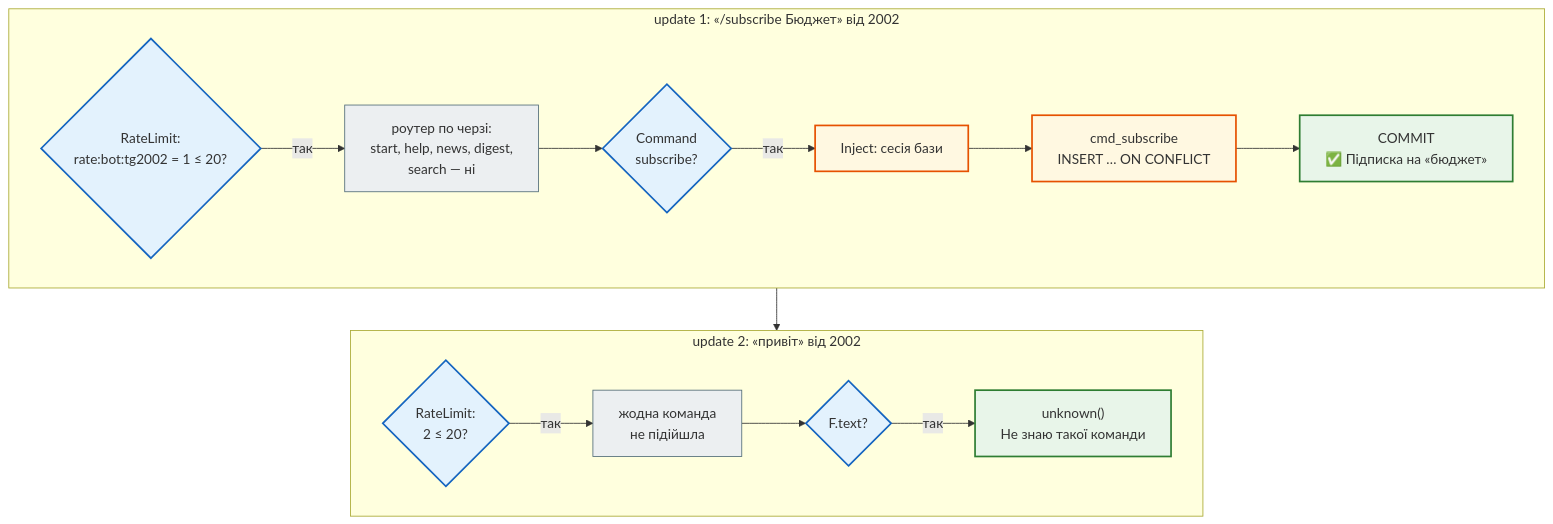
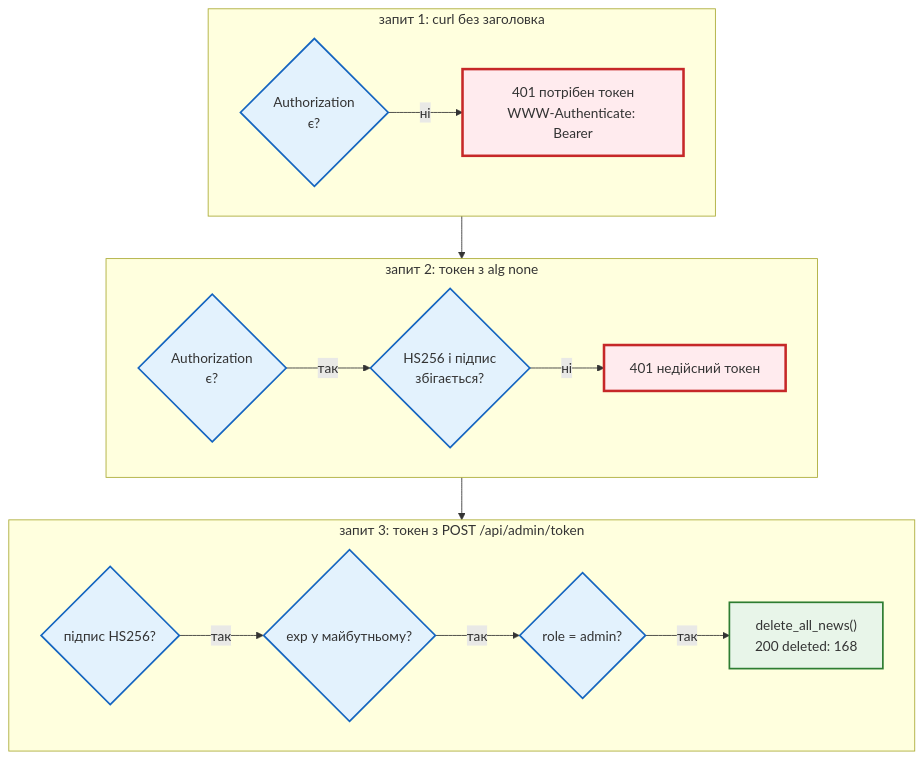
One commit to AlinaRadchenko/PY-Course-Victor-Nikoriak-22-09-2026 changed the first of 5 diagrams in docs/modules/m4/lesson_47.md. Above: the diagram before and after it, drawn with Mermaid. The commit also changed other lines of this file and 1846 other files, not shown here.

````diff
--- a/docs/modules/m4/lesson_47.md
+++ b/docs/modules/m4/lesson_47.md
@@ -137,23 +181,26 @@
 ```mermaid
 flowchart TD
     classDef step     fill:#eceff1,stroke:#546e7a,stroke-width:1px;
     classDef decision fill:#e3f2fd,stroke:#1565c0,stroke-width:2px;
     classDef success  fill:#e8f5e9,stroke:#2e7d32,stroke-width:2px;
     classDef error    fill:#ffebee,stroke:#c62828,stroke-width:3px;
     classDef warning  fill:#fff8e1,stroke:#e65100,stroke-width:2px;
 
-    subgraph U1["update 1: «/subscribe Бюджет» від 2002"]
+    subgraph A["запит 1: curl без заголовка"]
         direction LR
-        a1{"RateLimit:<br>rate:bot:tg2002 = 1 ≤ 20?"} -- так --> a2["роутер по черзі:<br>start, help, news, digest,<br>search — ні"] --> a3{"Command<br>subscribe?"} -- так --> a4["Inject: сесія бази"] --> a5["cmd_subscribe<br>INSERT … ON CONFLICT"] --> a6["COMMIT<br>✅ Підписка на «бюджет»"]
+        a1{"Authorization<br>є?"} -- ні --> a2["401 потрібен токен<br>WWW-Authenticate: Bearer"]
     end
-    subgraph U2["update 2: «привіт» від 2002"]
+    subgraph B["запит 2: токен з alg none"]
         direction LR
-        b1{"RateLimit:<br>2 ≤ 20?"} -- так --> b2["жодна команда<br>не підійшла"] --> b3{"F.text?"} -- так --> b4["unknown()<br>Не знаю такої команди"]
+        b1{"Authorization<br>є?"} -- так --> b2{"HS256 і підпис<br>збігається?"} -- ні --> b3["401 недійсний токен"]
     end
-    U1 --> U2
+    subgraph C["запит 3: токен з POST /api/admin/token"]
+        direction LR
+        c1{"підпис HS256?"} -- так --> c2{"exp у майбутньому?"} -- так --> c3{"role = admin?"} -- так --> c4["delete_all_news()<br>200 deleted: 168"]
+    end
+    A --> B --> C
 
-    class a1,a3,b1,b3 decision
-    class a2,b2 step
-    class a4,a5 warning
-    class a6,b4 success
+    class a1,b1,b2,c1,c2,c3 decision
+    class a2,b3 error
+    class c4 success
 ```
````
